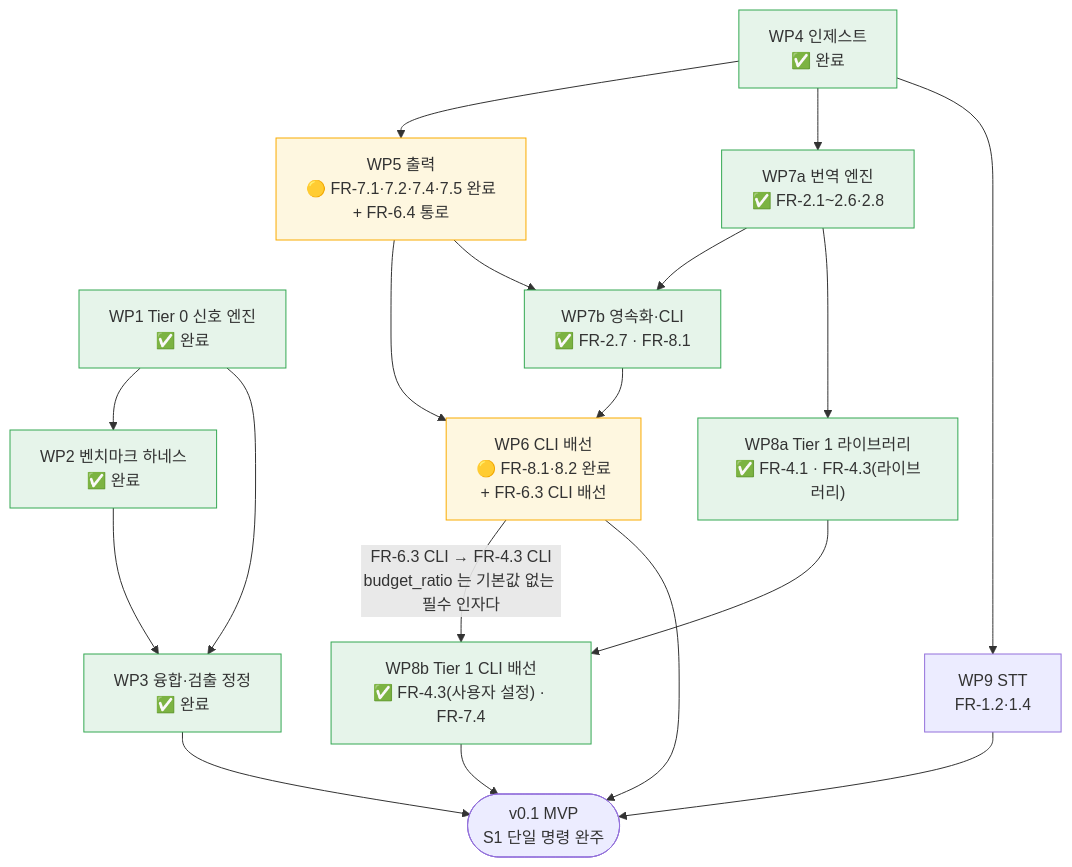
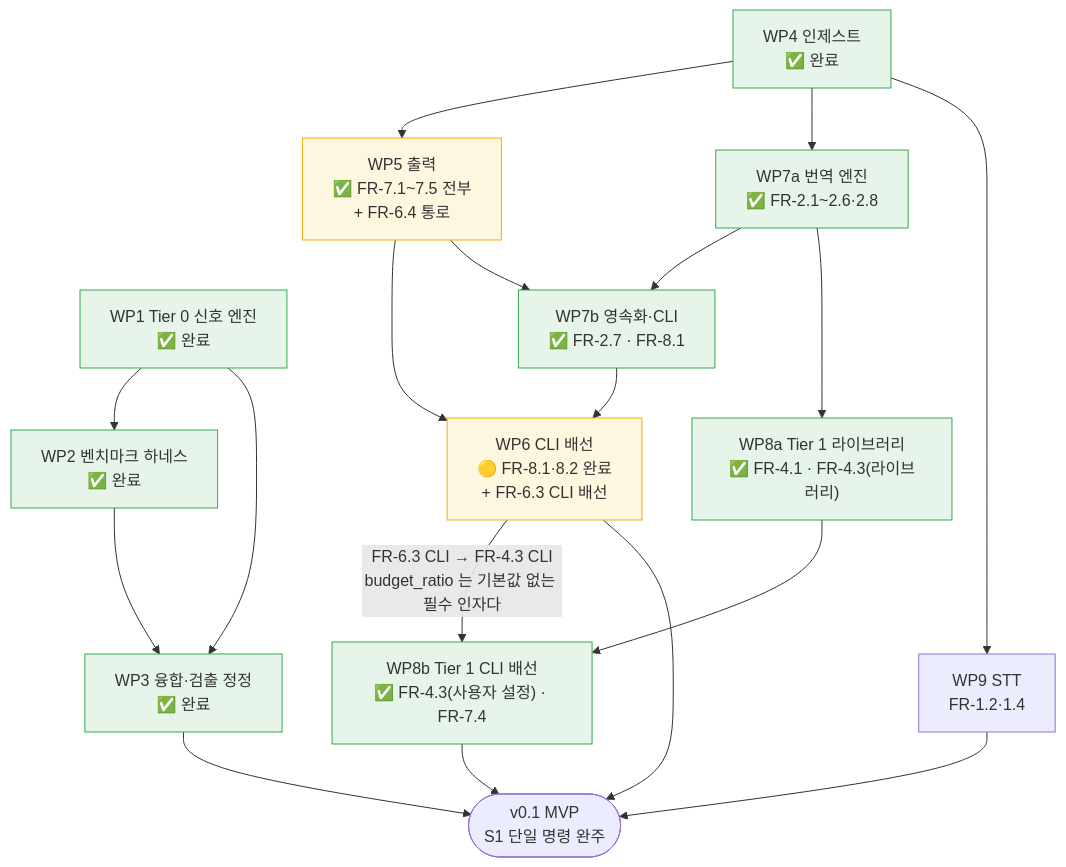
The diagram in docs/WBS.md (withwooyong/cuesift), drawn with Mermaid before and after one commit. The commit also changed other lines of this file and 21 other files, not shown here.

````diff
--- a/docs/WBS.md
+++ b/docs/WBS.md
@@ -184,44 +190,44 @@
 ```mermaid
 flowchart TD
     WP1["WP1 Tier 0 신호 엔진<br/>✅ 완료"]
     WP2["WP2 벤치마크 하네스<br/>✅ 완료"]
     WP3["WP3 융합·검출 정정<br/>✅ 완료"]
     WP4["WP4 인제스트<br/>✅ 완료"]
-    WP5["WP5 출력<br/>🟡 FR-7.1·7.2·7.4·7.5 완료<br/>+ FR-6.4 통로"]
+    WP5["WP5 출력<br/>✅ FR-7.1~7.5 전부<br/>+ FR-6.4 통로"]
     WP6["WP6 CLI 배선<br/>🟡 FR-8.1·8.2 완료<br/>+ FR-6.3 CLI 배선"]
     WP7A["WP7a 번역 엔진<br/>✅ FR-2.1~2.6·2.8"]
     WP7B["WP7b 영속화·CLI<br/>✅ FR-2.7 · FR-8.1"]
     WP8A["WP8a Tier 1 라이브러리<br/>✅ FR-4.1 · FR-4.3(라이브러리)"]
     WP8B["WP8b Tier 1 CLI 배선<br/>✅ FR-4.3(사용자 설정) · FR-7.4"]
     WP9["WP9 STT<br/>FR-1.2·1.4"]
     V01(["v0.1 MVP<br/>S1 단일 명령 완주"])
 
     WP1 --> WP2
     WP1 --> WP3
     WP2 --> WP3
     WP4 --> WP5
     WP4 --> WP7A
     WP4 --> WP9
     WP5 --> WP6
     WP7A --> WP7B
     WP7A --> WP8A
     WP8A --> WP8B
     WP5 --> WP7B
     WP7B --> WP6
     WP6 -->|"FR-6.3 CLI → FR-4.3 CLI<br/>budget_ratio 는 기본값 없는 필수 인자다"| WP8B
     WP8B --> V01
     WP9 --> V01
     WP6 --> V01
     WP3 --> V01
 
     style WP1 fill:#e6f4ea,stroke:#34a853
     style WP2 fill:#e6f4ea,stroke:#34a853
     style WP3 fill:#e6f4ea,stroke:#34a853
     style WP4 fill:#e6f4ea,stroke:#34a853
     style WP7A fill:#e6f4ea,stroke:#34a853
     style WP7B fill:#e6f4ea,stroke:#34a853
     style WP8A fill:#e6f4ea,stroke:#34a853
     style WP8B fill:#e6f4ea,stroke:#34a853
     style WP5 fill:#fef7e0,stroke:#f9ab00
     style WP6 fill:#fef7e0,stroke:#f9ab00
 ```
````
